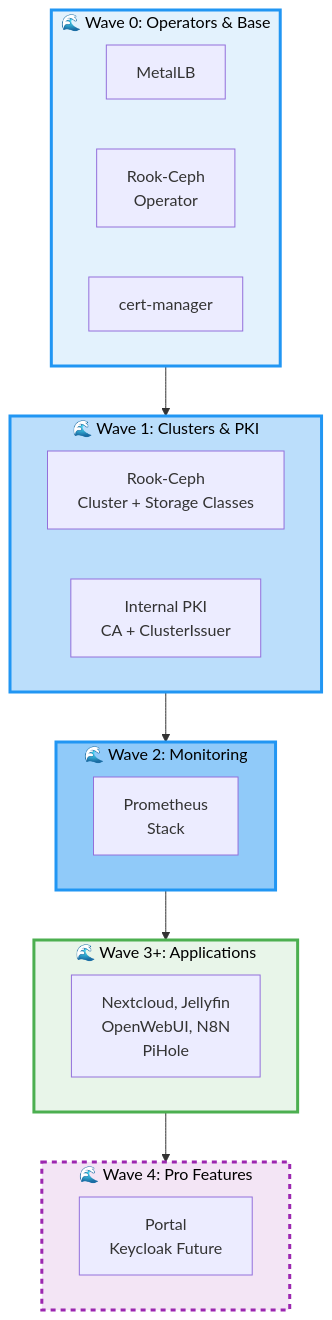
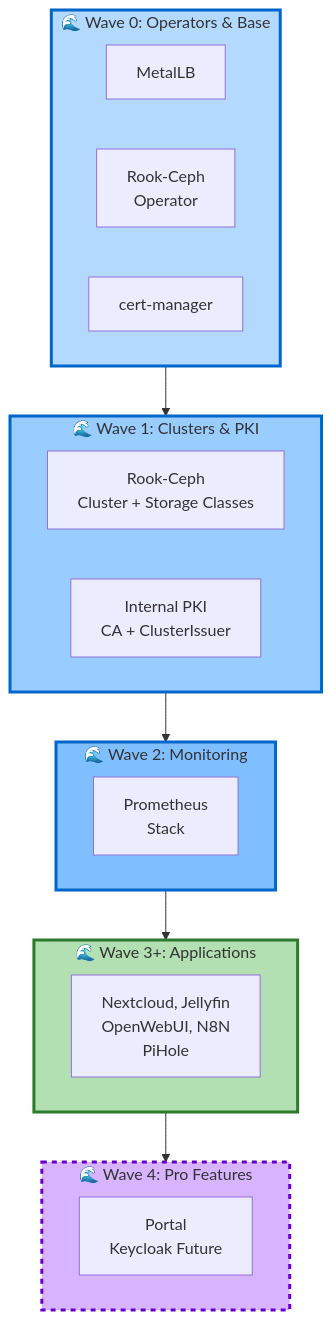
Before and after one commit to seadogger-tech/seadogger-homelab: the sixth of 6 diagrams in docs/wiki/02-Architecture.md, drawn with Mermaid. The commit also changed other lines of this file and 1 other file, not shown here.

````diff
--- a/docs/wiki/02-Architecture.md
+++ b/docs/wiki/02-Architecture.md
@@ -386,36 +386,36 @@
 ```mermaid
 graph TD
     subgraph Wave0["🌊 Wave 0: Operators & Base"]
         MetalLB[MetalLB]
         RookOp[Rook-Ceph<br/>Operator]
         CertMgr[cert-manager]
     end
 
     subgraph Wave1["🌊 Wave 1: Clusters & PKI"]
         RookCluster[Rook-Ceph<br/>Cluster + Storage Classes]
         PKI[Internal PKI<br/>CA + ClusterIssuer]
     end
 
     subgraph Wave2["🌊 Wave 2: Monitoring"]
         Prometheus[Prometheus<br/>Stack]
     end
 
     subgraph Wave3["🌊 Wave 3+: Applications"]
         Apps[Nextcloud, Jellyfin<br/>OpenWebUI, N8N<br/>PiHole]
     end
 
     subgraph WavePro["🌊 Wave 4: Pro Features"]
         Pro[Portal<br/>Keycloak Future]
     end
 
     Wave0 --> Wave1
     Wave1 --> Wave2
     Wave2 --> Wave3
     Wave3 --> WavePro
 
-    style Wave0 fill:#e3f2fd,stroke:#2196f3,stroke-width:3px,color:#000
-    style Wave1 fill:#bbdefb,stroke:#2196f3,stroke-width:3px,color:#000
-    style Wave2 fill:#90caf9,stroke:#2196f3,stroke-width:3px,color:#000
-    style Wave3 fill:#e8f5e9,stroke:#4caf50,stroke-width:3px,color:#000
-    style WavePro fill:#f3e5f5,stroke:#9c27b0,stroke-width:3px,stroke-dasharray: 5 5,color:#000
+    style Wave0 fill:#b3d9ff,stroke:#0066cc,stroke-width:3px
+    style Wave1 fill:#99ccff,stroke:#0066cc,stroke-width:3px
+    style Wave2 fill:#80bfff,stroke:#0066cc,stroke-width:3px
+    style Wave3 fill:#b3e0b3,stroke:#2d7a2d,stroke-width:3px
+    style WavePro fill:#d8b3ff,stroke:#6600cc,stroke-width:3px,stroke-dasharray: 5 5
 ```
````
